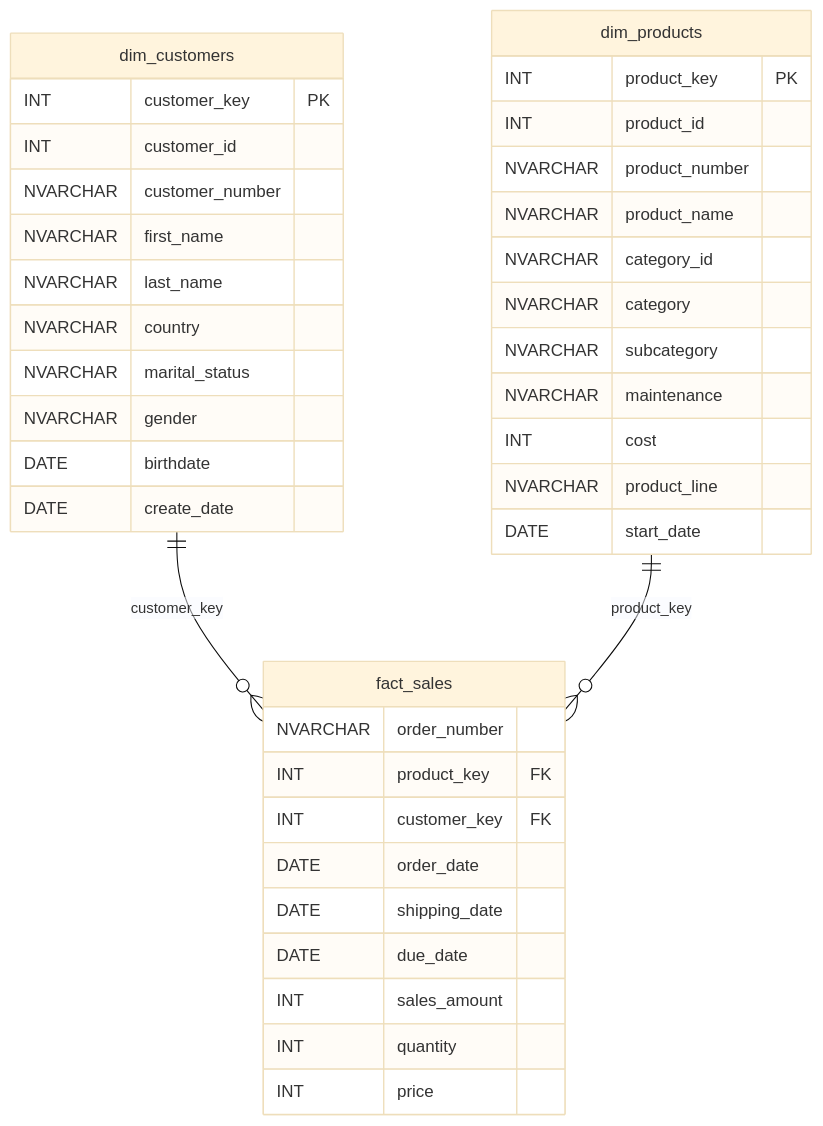
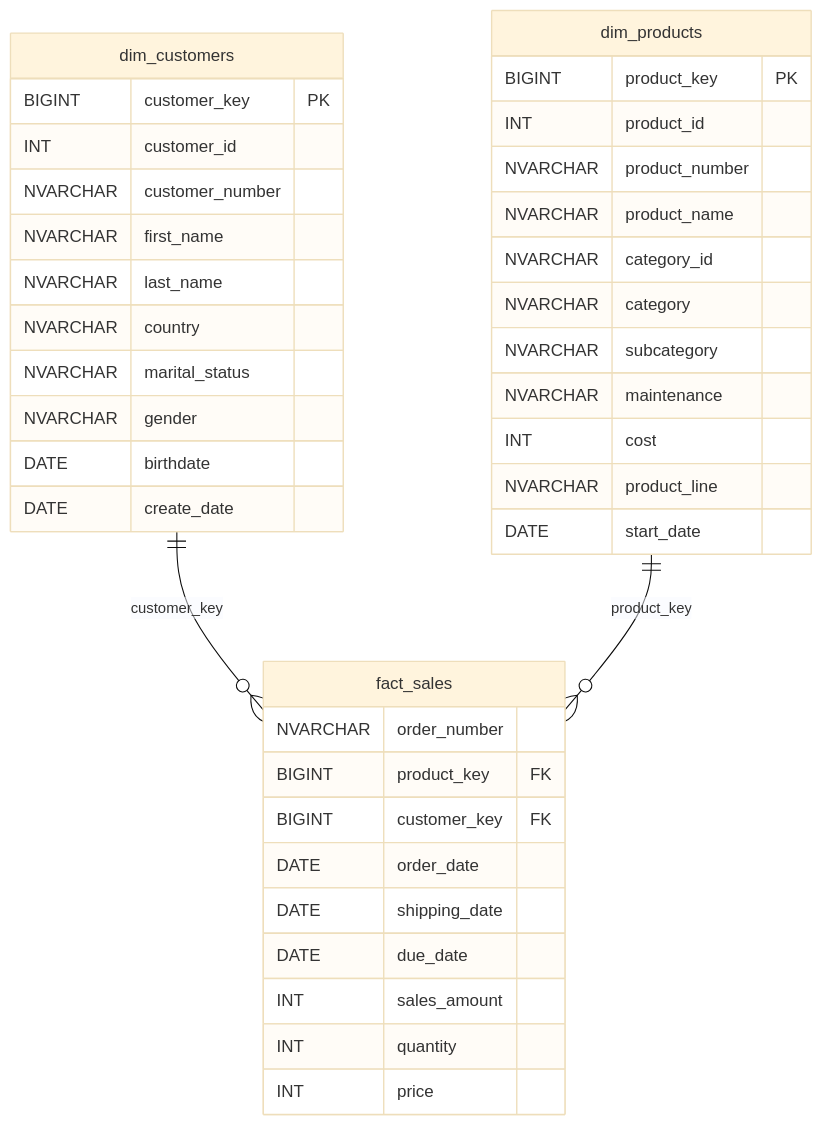
Before and after one commit to Ashwannii-20/SQL-Data-Warehouse-Project: the diagram in docs/data_model.md, drawn with Mermaid (base theme). The commit also changed other lines of this file, not shown here.

Commit message:
Document SQL Server surrogate key data types

````diff
--- a/docs/data_model.md
+++ b/docs/data_model.md
@@ -9,42 +9,42 @@
 ```mermaid
 erDiagram
     dim_customers ||--o{ fact_sales : "customer_key"
     dim_products  ||--o{ fact_sales : "product_key"
 
     dim_customers {
-        INT customer_key PK
+        BIGINT customer_key PK
         INT customer_id
         NVARCHAR customer_number
         NVARCHAR first_name
         NVARCHAR last_name
         NVARCHAR country
         NVARCHAR marital_status
         NVARCHAR gender
         DATE birthdate
         DATE create_date
     }
     dim_products {
-        INT product_key PK
+        BIGINT product_key PK
         INT product_id
         NVARCHAR product_number
         NVARCHAR product_name
         NVARCHAR category_id
         NVARCHAR category
         NVARCHAR subcategory
         NVARCHAR maintenance
         INT cost
         NVARCHAR product_line
         DATE start_date
     }
     fact_sales {
         NVARCHAR order_number
-        INT product_key FK
-        INT customer_key FK
+        BIGINT product_key FK
+        BIGINT customer_key FK
         DATE order_date
         DATE shipping_date
         DATE due_date
         INT sales_amount
         INT quantity
         INT price
     }
 ```
````
